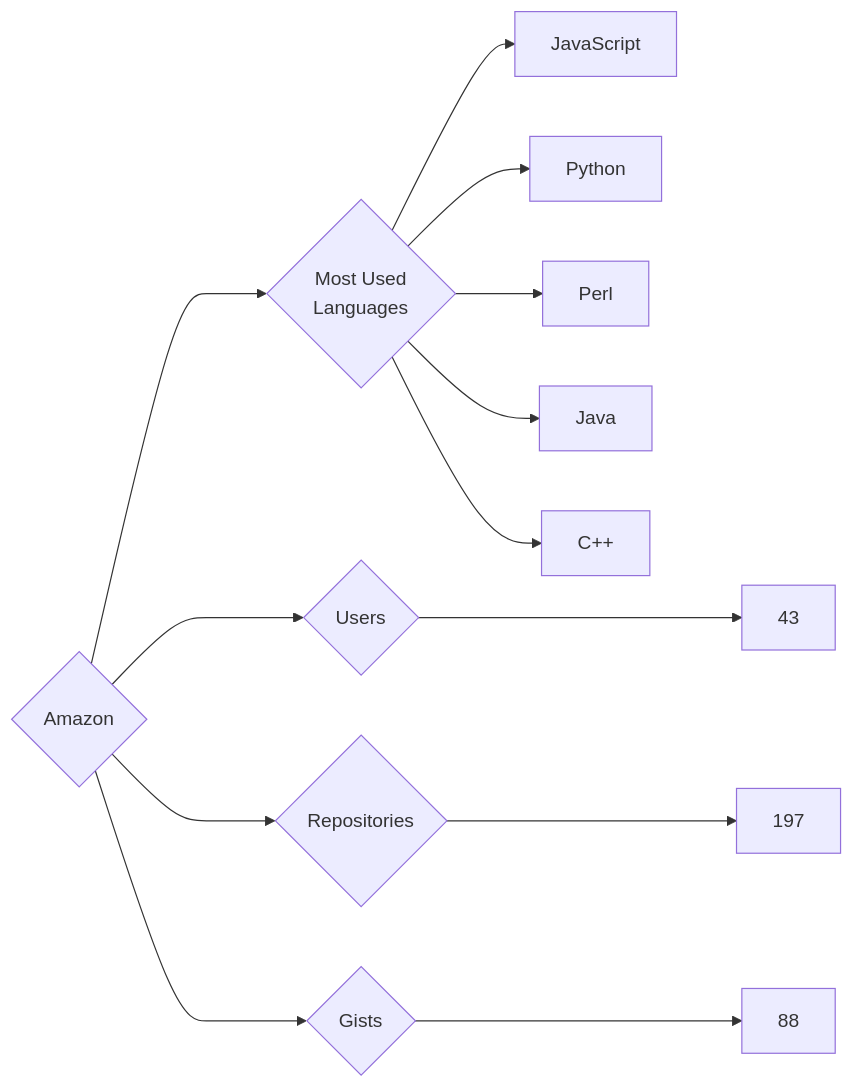
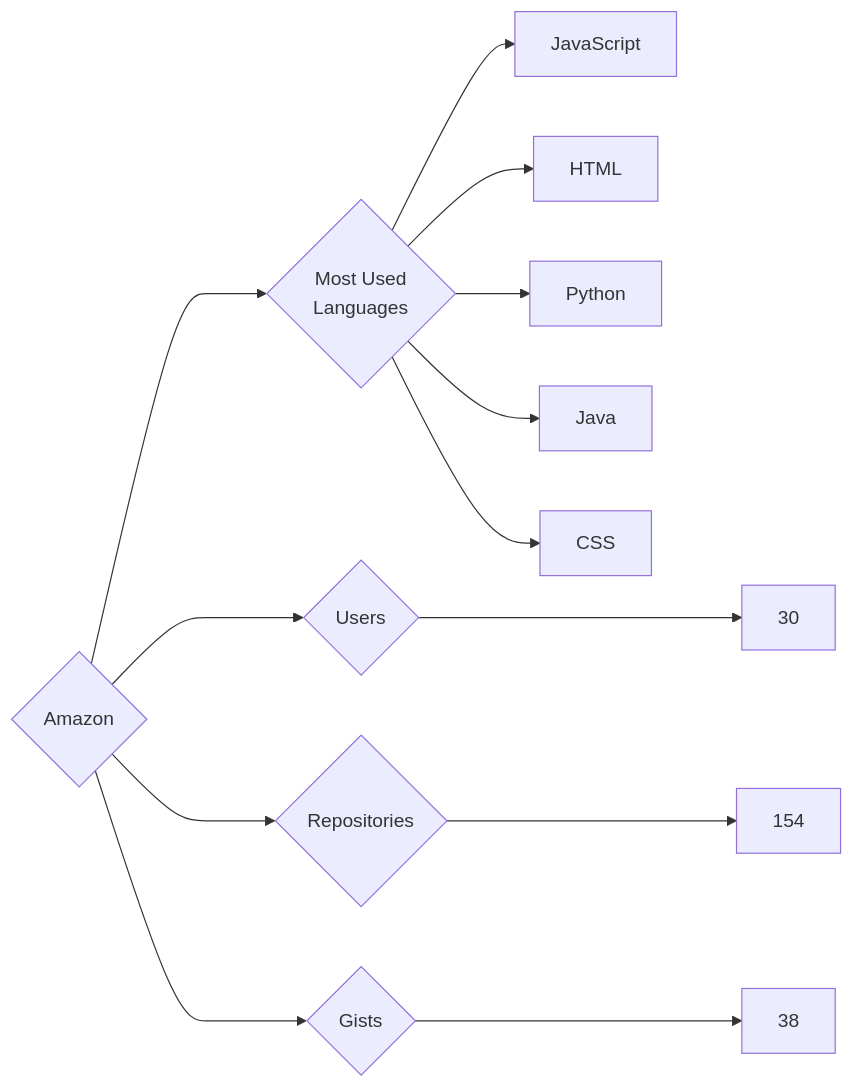
One commit to trickest/insiders changed the diagram in targets/Amazon/README.md. Above: the diagram before and after it, drawn with Mermaid. The commit also changed 934 other files, not shown here.

````diff
--- a/targets/Amazon/README.md
+++ b/targets/Amazon/README.md
@@ -3,13 +3,13 @@
 ```mermaid
 graph LR
 COMPANY_NAME{Amazon}
-COMPANY_NAME ---> U{Users} ---> UN[43]
-COMPANY_NAME ---> R{Repositories} ---> RN[197]
-COMPANY_NAME ---> G{Gists} ---> GN[88]
+COMPANY_NAME ---> U{Users} ---> UN[30]
+COMPANY_NAME ---> R{Repositories} ---> RN[154]
+COMPANY_NAME ---> G{Gists} ---> GN[38]
 COMPANY_NAME ---> ML{Most Used<br>Languages}
 ML --> JavaScript[JavaScript]
+ML --> HTML[HTML]
 ML --> Python[Python]
-ML --> Perl[Perl]
 ML --> Java[Java]
-ML --> C++[C++]
+ML --> CSS[CSS]
 ```
````
